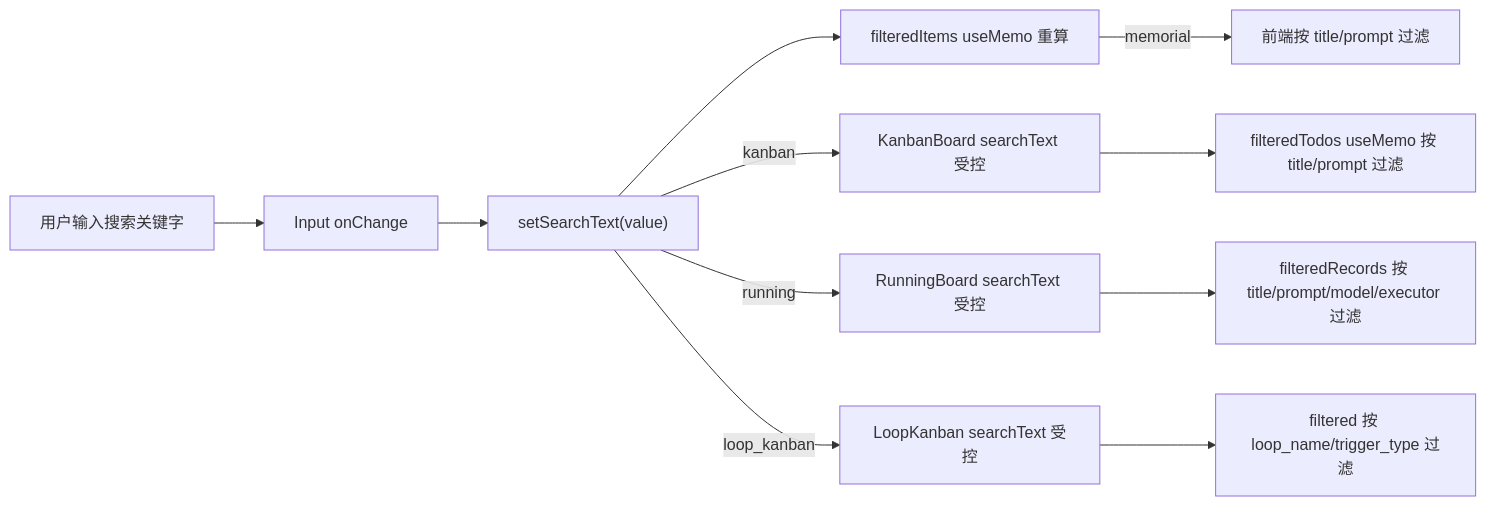
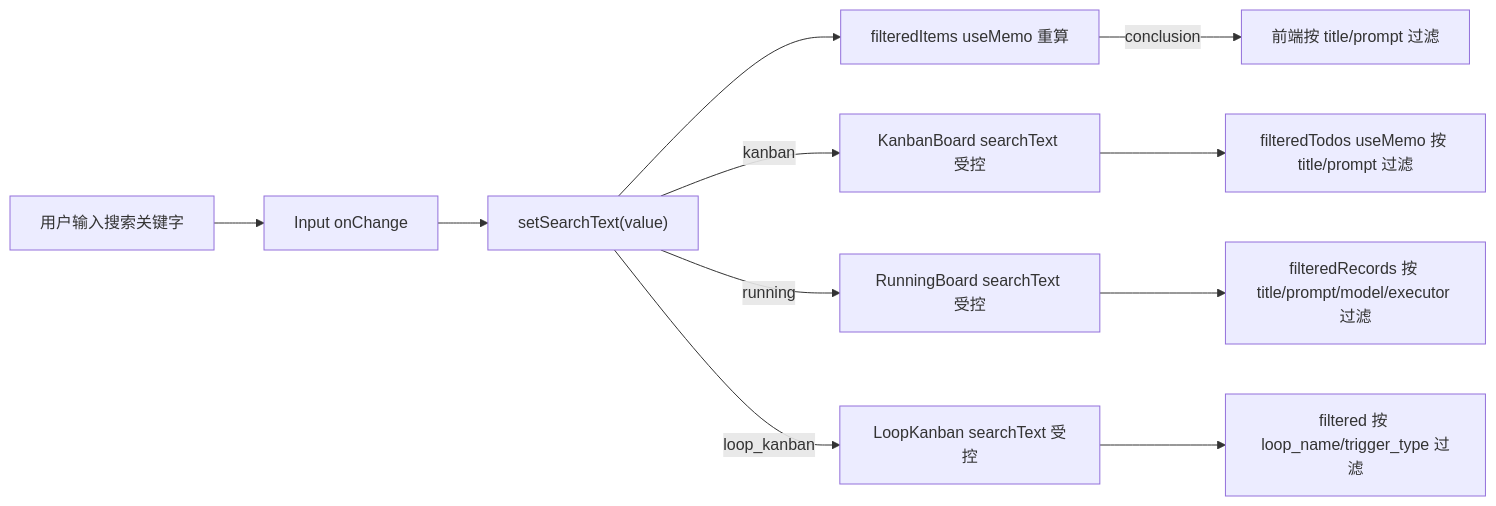
One commit to weibaohui/ntd changed the first of 4 diagrams in frontend/src/help/pages/board-search.md. Above: the diagram before and after it, drawn with Mermaid. The commit also changed other lines of this file and 24 other files, not shown here.

First line of the commit message:
refactor(097): 看板视图归位事项菜单 + 独立看板改名运行中心

````diff
--- a/frontend/src/help/pages/board-search.md
+++ b/frontend/src/help/pages/board-search.md
@@ -9,13 +9,13 @@
 ```mermaid
 flowchart LR
   U[用户输入搜索关键字] --> IN["Input onChange"]
   IN --> SS["setSearchText(value)"]
   SS --> MEM["filteredItems useMemo 重算"]
-  MEM -->|memorial| FT1["前端按 title/prompt 过滤"]
+  MEM -->|conclusion| FT1["前端按 title/prompt 过滤"]
   SS -->|kanban| KB["KanbanBoard searchText 受控"]
   KB --> FT2["filteredTodos useMemo 按 title/prompt 过滤"]
   SS -->|running| RB["RunningBoard searchText 受控"]
   RB --> FT3["filteredRecords 按 title/prompt/model/executor 过滤"]
   SS -->|loop_kanban| LK["LoopKanban searchText 受控"]
   LK --> FT4["filtered 按 loop_name/trigger_type 过滤"]
 ```
````
